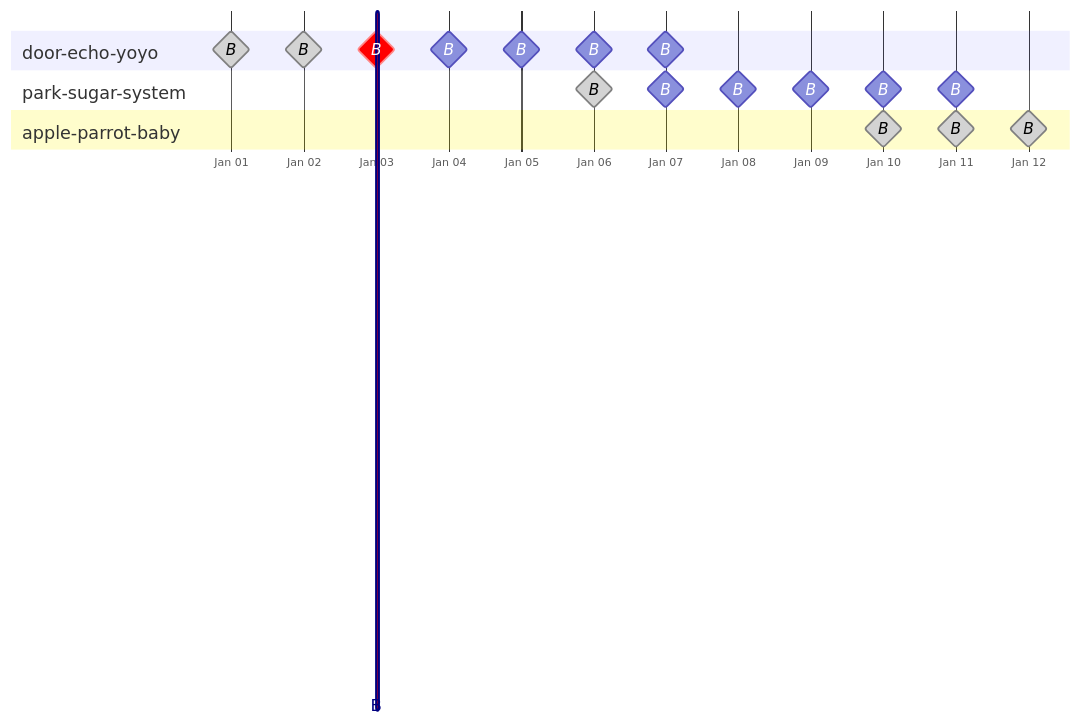
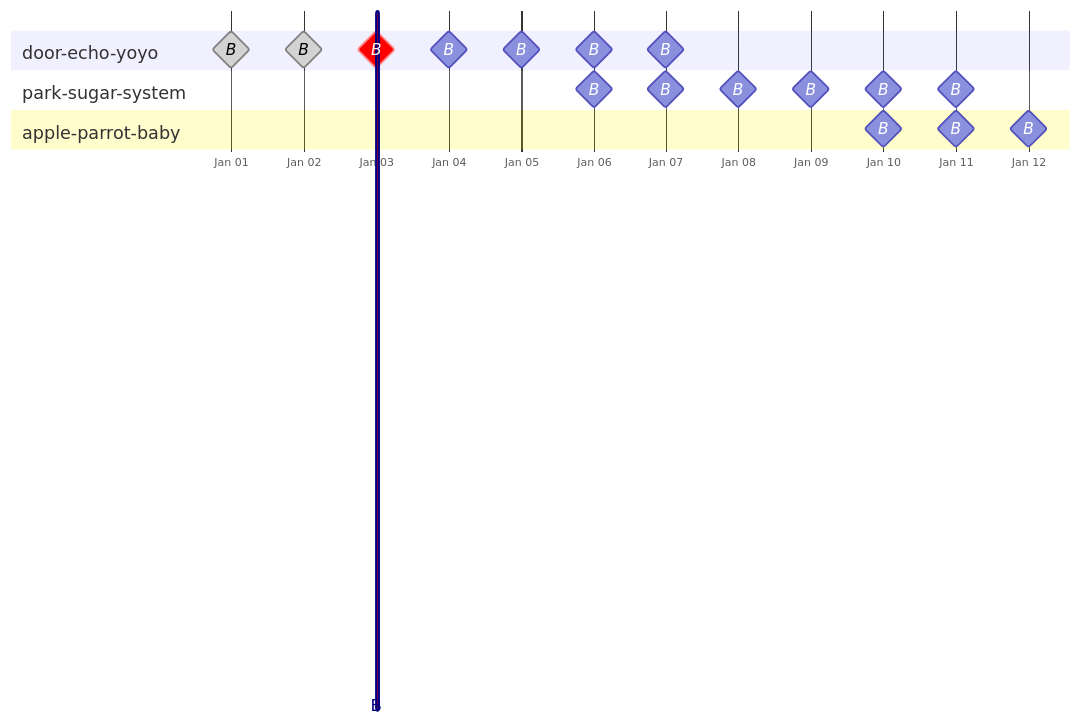
Before and after one commit to questdb/documentation: the diagram in documentation/high-availability/wal-cleanup.md, drawn with Mermaid. The commit also changed other lines of this file and 4 other files, not shown here.

````diff
--- a/documentation/high-availability/wal-cleanup.md
+++ b/documentation/high-availability/wal-cleanup.md
@@ -172,47 +205,47 @@
 ```mermaid
 ---
 displayMode: compact
 config:
   gantt:
     useWidth: 1000
     barHeight: 30
     barGap: 6
     topPadding: 50
     bottomPadding: 40
     sidePadding: 40
     leftPadding: 200
     gridLineStartPadding: 30
     fontSize: 14
     sectionFontSize: 16
   themeVariables:
     fontFamily: sans-serif
     fontSize: 14px
 ---
 gantt
   tickInterval 1day
   axisFormat %b %d
 
   section door-echo-yoyo
     B :done, milestone, d1, 2026-01-01, 0d
     B :done, milestone, d2, 2026-01-02, 0d
     B :crit, milestone, d3, 2026-01-03, 0d
     B :milestone, d4, 2026-01-04, 0d
     B :milestone, d5, 2026-01-05, 0d
     B :milestone, d6, 2026-01-06, 0d
     B :milestone, d7, 2026-01-07, 0d
 
   section park-sugar-system
-    B :done, milestone, p1, 2026-01-06, 0d
+    B :milestone, p1, 2026-01-06, 0d
     B :milestone, p2, 2026-01-07, 0d
     B :milestone, p3, 2026-01-08, 0d
     B :milestone, p4, 2026-01-09, 0d
     B :milestone, p5, 2026-01-10, 0d
     B :milestone, p6, 2026-01-11, 0d
 
   section apple-parrot-baby
-    B :done, milestone, a1, 2026-01-10, 0d
-    B :done, milestone, a2, 2026-01-11, 0d
-    B :done, milestone, a3, 2026-01-12, 0d
+    B :milestone, a1, 2026-01-10, 0d
+    B :milestone, a2, 2026-01-11, 0d
+    B :milestone, a3, 2026-01-12, 0d
 
     B :crit, vert, cb, 2026-01-03, 0d
 ```
````
